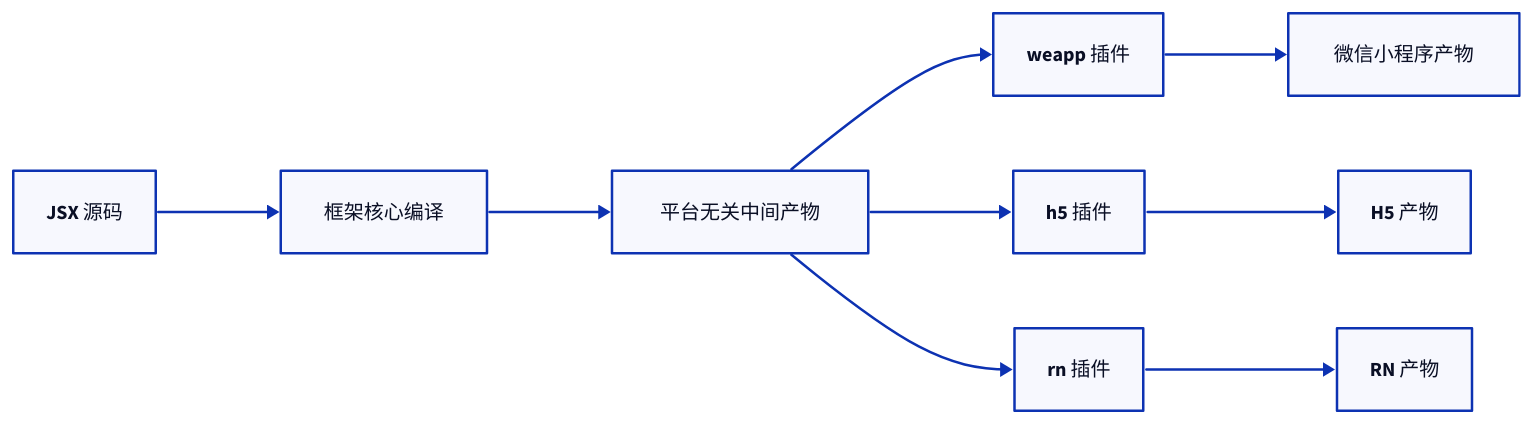
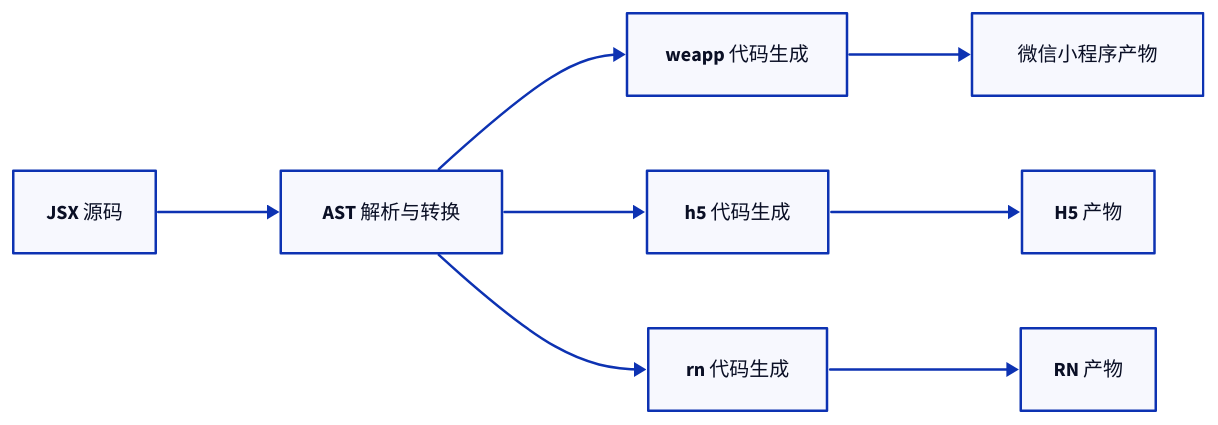
Before and after one commit to youngluo/thinking: the second of 13 diagrams in apps/docs/experiences/微信小程序/Taro 原理与实践.md, drawn with D2. The commit also changed other lines of this file and 2 other files, not shown here.

Commit message:
docs: refine Taro runtime architecture notes

````diff
--- a/apps/docs/experiences/微信小程序/Taro 原理与实践.md
+++ b/apps/docs/experiences/微信小程序/Taro 原理与实践.md
@@ -137,18 +137,17 @@
 ```d2
 direction: right
 
 source: JSX 源码
-core: 框架核心编译
-mid: 平台无关中间产物
-weapp: weapp 插件
-h5: h5 插件
-rn: rn 插件
+core: AST 解析与转换
+weapp: weapp 代码生成
+h5: h5 代码生成
+rn: rn 代码生成
 wa_out: 微信小程序产物
 h5_out: H5 产物
 rn_out: RN 产物
 
-source -> core -> mid
-mid -> weapp -> wa_out
-mid -> h5 -> h5_out
-mid -> rn -> rn_out
+source -> core
+core -> weapp -> wa_out
+core -> h5 -> h5_out
+core -> rn -> rn_out
 ```
````
